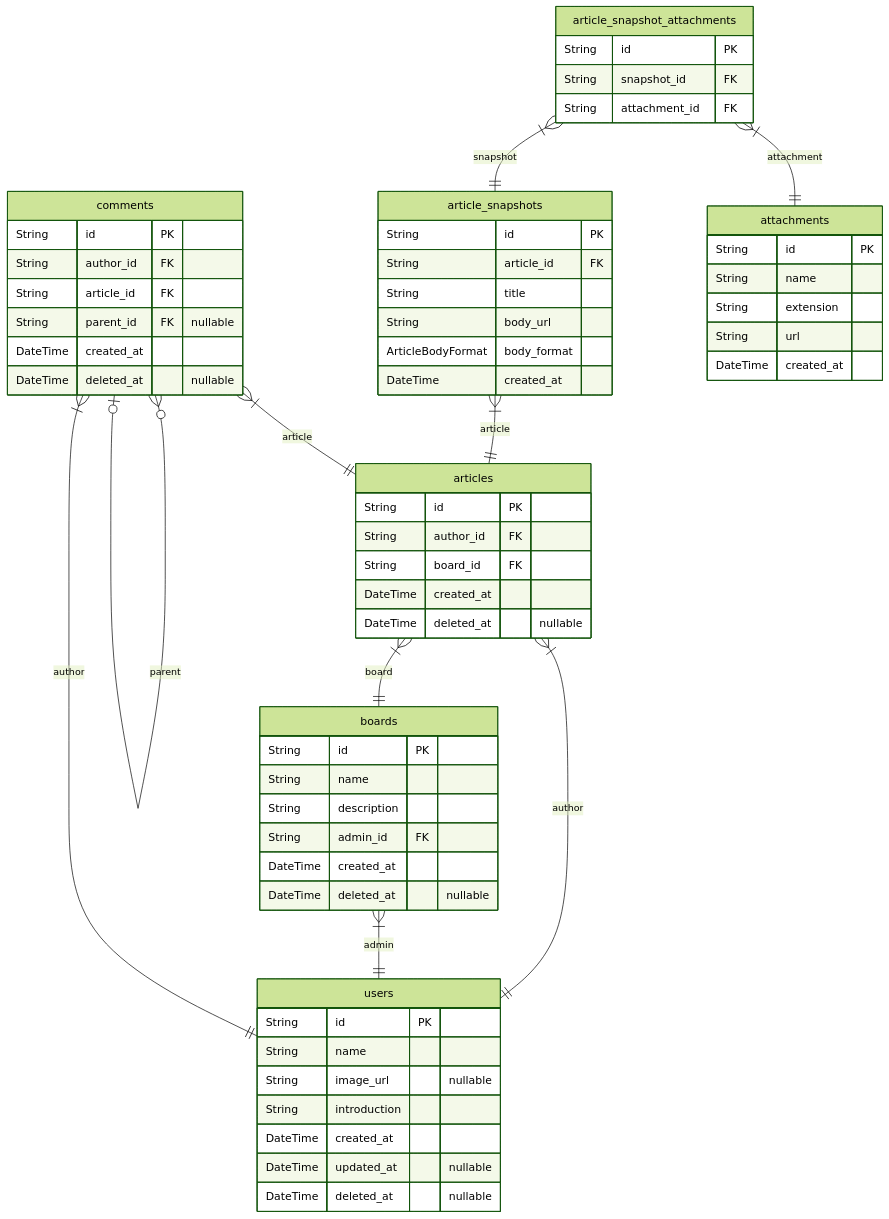
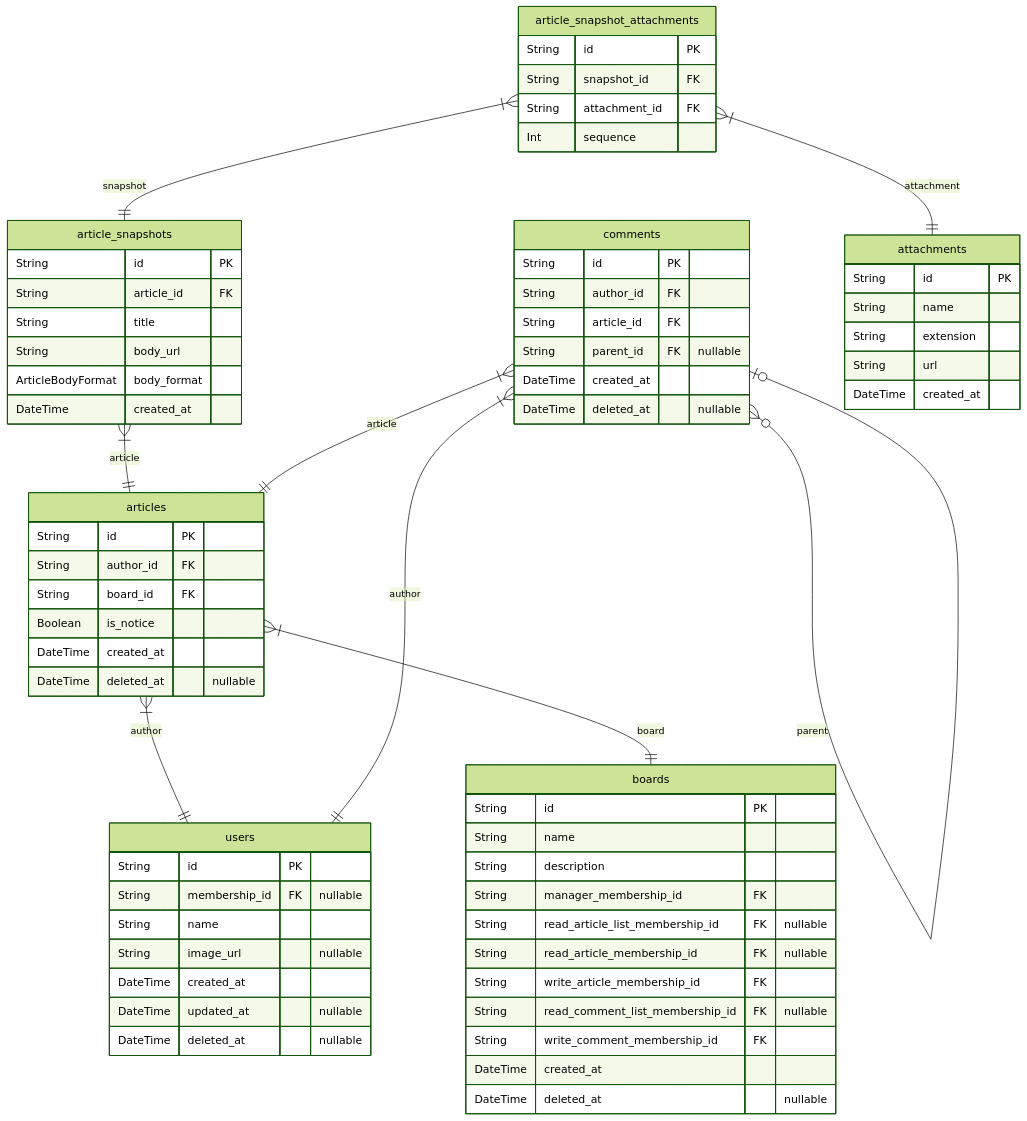
Before and after one commit to rojiwon123/bbs: the fourth of 5 diagrams in ERD.md, drawn with Mermaid (forest theme). The commit also changed other lines of this file and 19 other files, not shown here.

````diff
--- a/ERD.md
+++ b/ERD.md
@@ -935,64 +684,70 @@
 ```mermaid
 erDiagram
 articles {
     String id PK
     String author_id FK
     String board_id FK
+    Boolean is_notice
     DateTime created_at
     DateTime deleted_at "nullable"
 }
 article_snapshots {
     String id PK
     String article_id FK
     String title
     String body_url
     ArticleBodyFormat body_format
     DateTime created_at
 }
 article_snapshot_attachments {
     String id PK
     String snapshot_id FK
     String attachment_id FK
+    Int sequence
 }
 boards {
     String id PK
     String name
     String description
-    String admin_id FK
+    String manager_membership_id FK
+    String read_article_list_membership_id FK "nullable"
+    String read_article_membership_id FK "nullable"
+    String write_article_membership_id FK
+    String read_comment_list_membership_id FK "nullable"
+    String write_comment_membership_id FK
     DateTime created_at
     DateTime deleted_at "nullable"
 }
 comments {
     String id PK
     String author_id FK
     String article_id FK
     String parent_id FK "nullable"
     DateTime created_at
     DateTime deleted_at "nullable"
 }
 attachments {
     String id PK
     String name
     String extension
     String url
     DateTime created_at
 }
 users {
     String id PK
+    String membership_id FK "nullable"
     String name
     String image_url "nullable"
-    String introduction
     DateTime created_at
     DateTime updated_at "nullable"
     DateTime deleted_at "nullable"
 }
 articles }|--|| users : author
 articles }|--|| boards : board
 article_snapshots }|--|| articles : article
 article_snapshot_attachments }|--|| article_snapshots : snapshot
 article_snapshot_attachments }|--|| attachments : attachment
-boards }|--|| users : admin
 comments }|--|| users : author
 comments }|--|| articles : article
 comments }o--o| comments : parent
 ```
````
